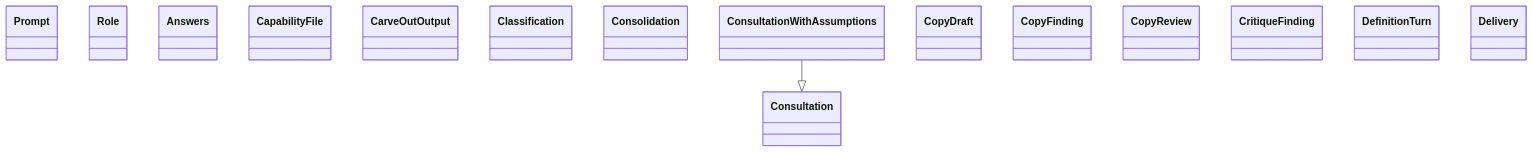
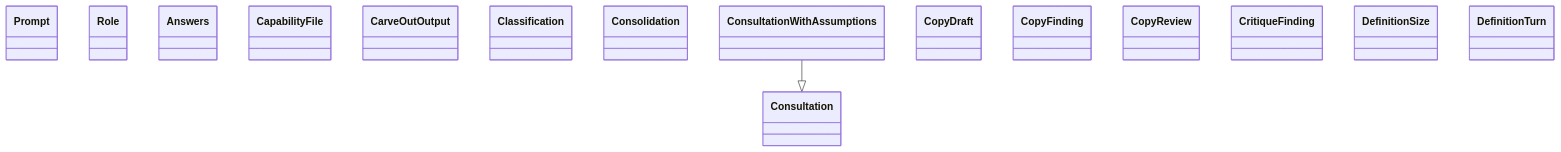
Before and after one commit to GonzaloZevallos/agentic-system: the diagram in docs/architecture/generated/classes-process-domain-roles-2.md, drawn with Mermaid. The commit also changed other lines of this file and 4 other files, not shown here.

Commit message:
Regenerate the architecture docs for the definition sizer and the moved predicate

````diff
--- a/docs/architecture/generated/classes-process-domain-roles-2.md
+++ b/docs/architecture/generated/classes-process-domain-roles-2.md
@@ -32,19 +32,19 @@
 ```mermaid
 classDiagram
     class roles__Prompt["Prompt"]
     class roles__Role["Role"]
     class schemas__Answers["Answers"]
     class schemas__CapabilityFile["CapabilityFile"]
     class schemas__CarveOutOutput["CarveOutOutput"]
     class schemas__Classification["Classification"]
     class schemas__Consolidation["Consolidation"]
     class schemas__Consultation["Consultation"]
     class schemas__ConsultationWithAssumptions["ConsultationWithAssumptions"]
     class schemas__CopyDraft["CopyDraft"]
     class schemas__CopyFinding["CopyFinding"]
     class schemas__CopyReview["CopyReview"]
     class schemas__CritiqueFinding["CritiqueFinding"]
+    class schemas__DefinitionSize["DefinitionSize"]
     class schemas__DefinitionTurn["DefinitionTurn"]
-    class schemas__Delivery["Delivery"]
     schemas__ConsultationWithAssumptions --|> schemas__Consultation
 ```
````
